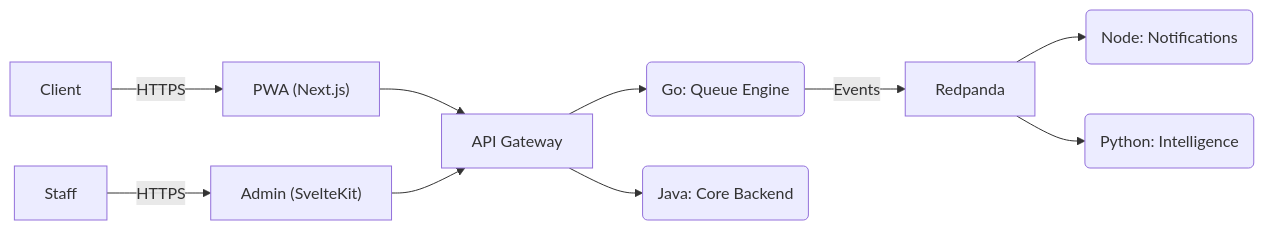
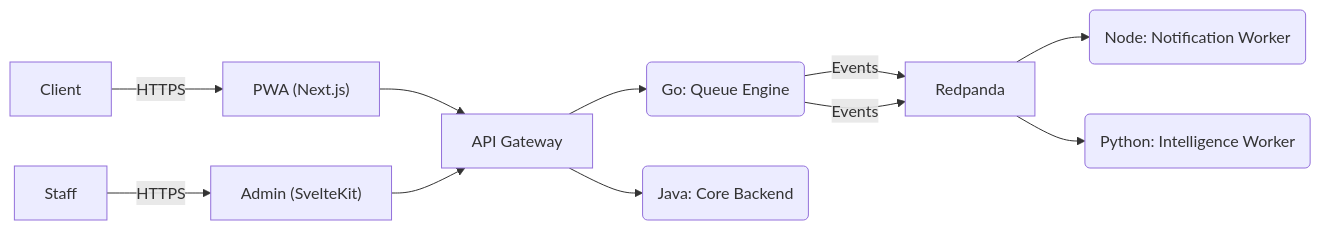
The diagram in README.md (herman-xphp/qtime-monorepo), drawn with Mermaid before and after one commit. The commit also changed other lines of this file and 7 other files, not shown here.

````diff
--- a/README.md
+++ b/README.md
@@ -29,15 +29,16 @@
 ```mermaid
 graph LR
     Client -->|HTTPS| PublicApp["PWA (Next.js)"]
     Staff -->|HTTPS| AdminApp["Admin (SvelteKit)"]
 
     PublicApp --> Gateway
     AdminApp --> Gateway
 
     Gateway["API Gateway"] --> QueueSvc("Go: Queue Engine")
     Gateway --> CoreSvc("Java: Core Backend")
 
     QueueSvc -->|Events| Redpanda
-    Redpanda --> NotifSvc("Node: Notifications")
-    Redpanda --> ML("Python: Intelligence")
+    QueueSvc -->|Events| Redpanda
+    Redpanda --> NotifSvc("Node: Notification Worker")
+    Redpanda --> ML("Python: Intelligence Worker")
 ```
````
